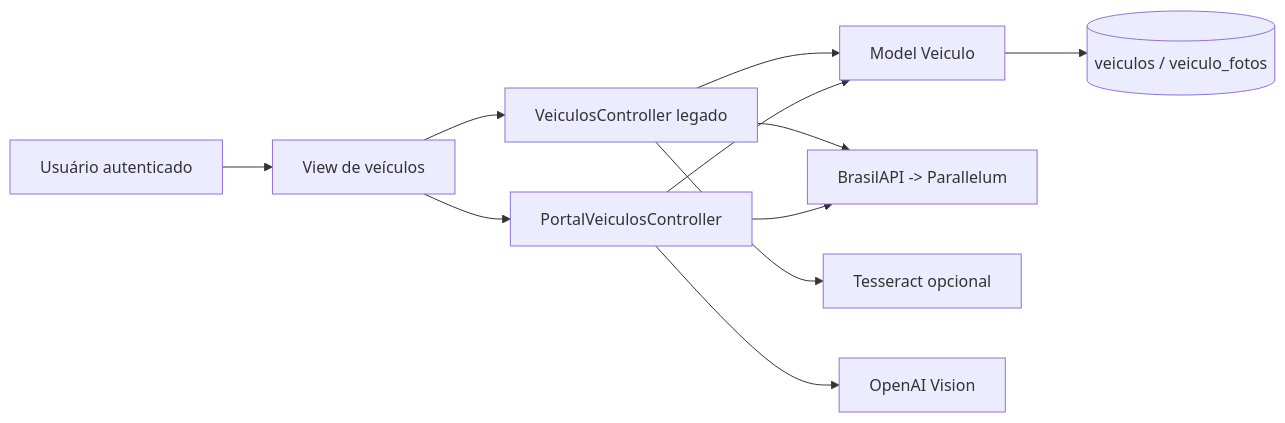
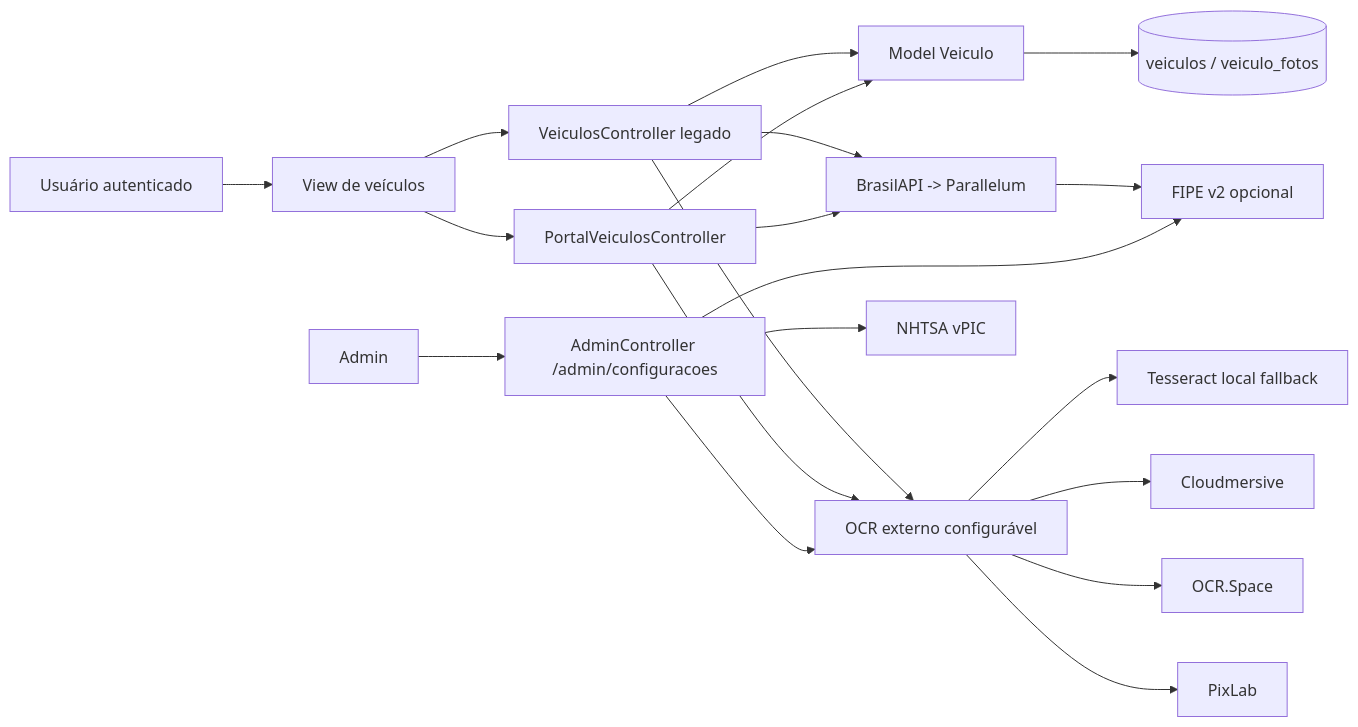
Before and after one commit to ASOARESBH/appautodesktop: the fourth of 4 diagrams in docs/APPAUTO-SYSTEM-MAP.md, drawn with Mermaid. The commit also changed other lines of this file and 14 other files, not shown here.

Commit message:
feat: adiciona central admin de integracoes automotivas

````diff
--- a/docs/APPAUTO-SYSTEM-MAP.md
+++ b/docs/APPAUTO-SYSTEM-MAP.md
@@ -308,13 +308,22 @@
 ```mermaid
 flowchart LR
     User[Usuário autenticado] --> VehicleUI[View de veículos]
     VehicleUI --> Legacy[VeiculosController legado]
     VehicleUI --> Portal[PortalVeiculosController]
     Legacy --> VehicleModel[Model Veiculo]
     Portal --> VehicleModel
     VehicleModel --> VehicleDB[(veiculos / veiculo_fotos)]
     Legacy --> PlateAPI[BrasilAPI -> Parallelum]
     Portal --> PlateAPI
-    Legacy --> OCRLocal[Tesseract opcional]
-    Portal --> OCRVision[OpenAI Vision]
+    Legacy --> OCRPipeline[OCR externo configurável]
+    Portal --> OCRPipeline
+    OCRPipeline --> OCRLocal[Tesseract local fallback]
+    OCRPipeline --> Cloudmersive[Cloudmersive]
+    OCRPipeline --> OCRSpace[OCR.Space]
+    OCRPipeline --> PixLab[PixLab]
+    PlateAPI --> FIPE[FIPE v2 opcional]
+    Admin --> Integracoes[AdminController /admin/configuracoes]
+    Integracoes --> FIPE
+    Integracoes --> vPIC[NHTSA vPIC]
+    Integracoes --> OCRPipeline
 ```
````
